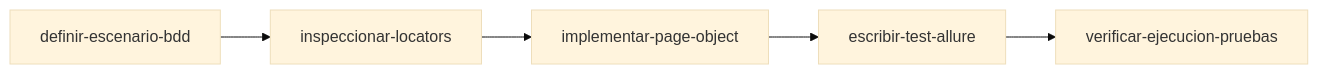
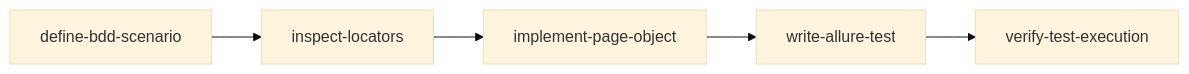
Before and after one commit to GustavoZHA/hymnal-automation-testing-apk-py: the diagram in .agents/skills/create-automated-test/SKILL.md, drawn with Mermaid (base theme). The commit also changed other lines of this file and 36 other files, not shown here.

````diff
--- a/.agents/skills/create-automated-test/SKILL.md
+++ b/.agents/skills/create-automated-test/SKILL.md
@@ -16,7 +16,7 @@
 ```mermaid
 flowchart LR
-    S1["definir-escenario-bdd"] --> S2["inspeccionar-locators"]
-    S2 --> S3["implementar-page-object"]
-    S3 --> S4["escribir-test-allure"]
-    S4 --> S5["verificar-ejecucion-pruebas"]
+    S1["define-bdd-scenario"] --> S2["inspect-locators"]
+    S2 --> S3["implement-page-object"]
+    S3 --> S4["write-allure-test"]
+    S4 --> S5["verify-test-execution"]
 ```
````
